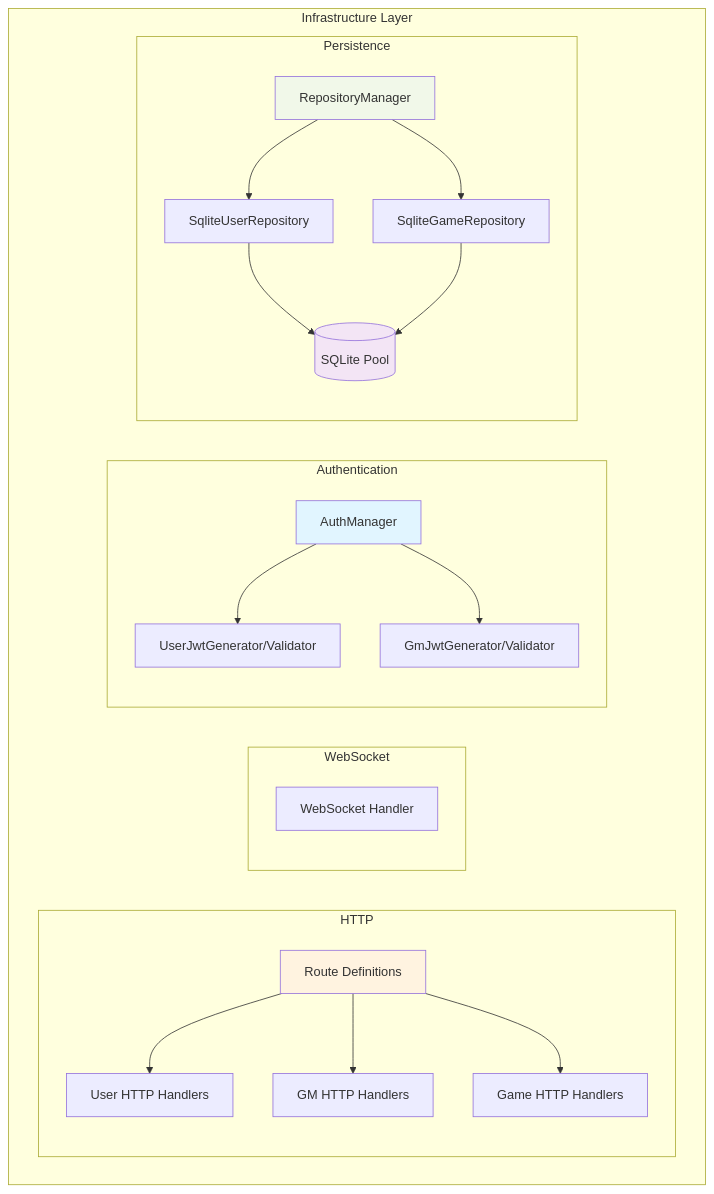
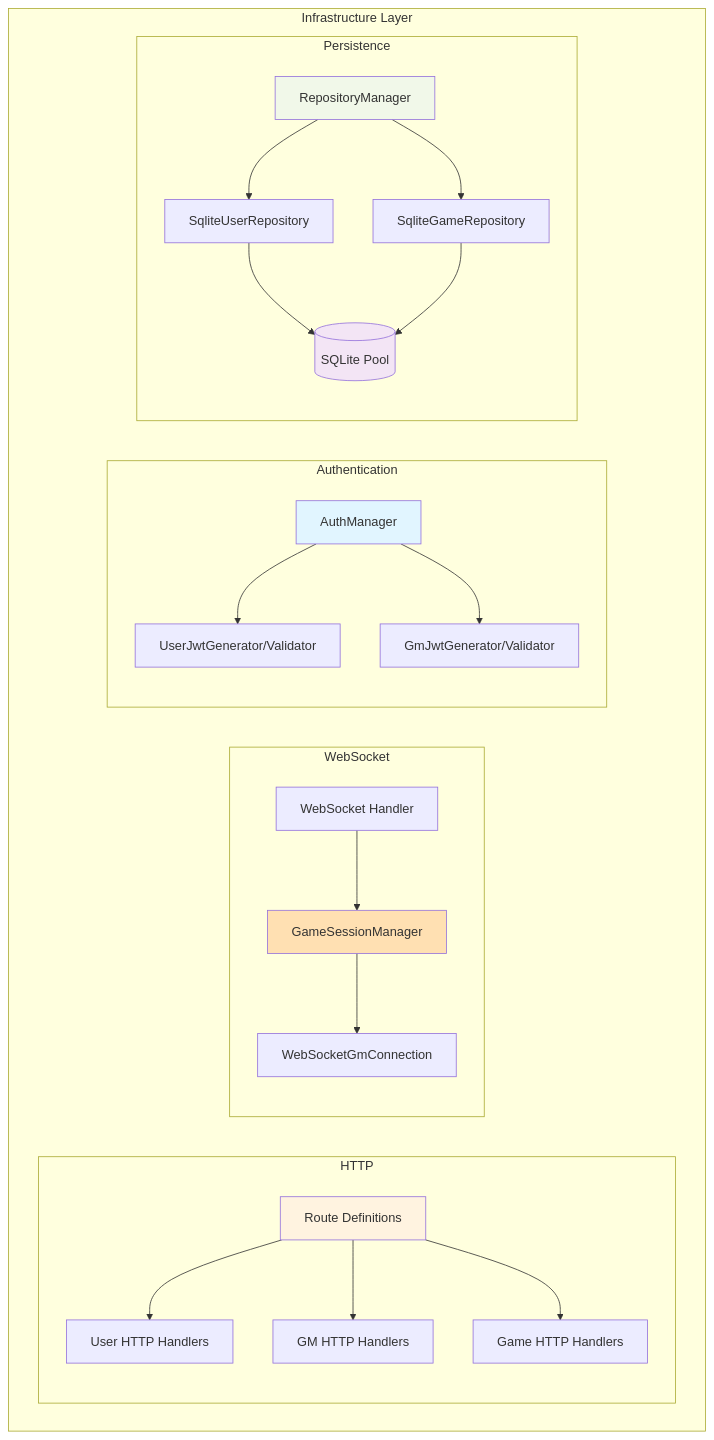
One commit to jakob-rzeppa/turnkeeper changed the fourth of 13 diagrams in backend/ARCHITECTURE.md. Above: the diagram before and after it, drawn with Mermaid. The commit also changed other lines of this file and 2 other files, not shown here.

````diff
--- a/backend/ARCHITECTURE.md
+++ b/backend/ARCHITECTURE.md
@@ -177,46 +182,52 @@
 ```mermaid
 graph TB
     subgraph "Infrastructure Layer"
         subgraph "HTTP"
             Routes[Route Definitions]
             UserHttp[User HTTP Handlers]
             GmHttp[GM HTTP Handlers]
             GameHttp[Game HTTP Handlers]
         end
 
         subgraph "WebSocket"
             WsHandler[WebSocket Handler]
+            SessionMgr[GameSessionManager]
+            GmConn[WebSocketGmConnection]
         end
 
         subgraph "Authentication"
             AuthMgr[AuthManager]
             UserJWT[UserJwtGenerator/Validator]
             GmJWT[GmJwtGenerator/Validator]
         end
 
         subgraph "Persistence"
             RepoMgr[RepositoryManager]
             UserRepo[SqliteUserRepository]
             GameRepo[SqliteGameRepository]
             DB[(SQLite Pool)]
         end
     end
 
     Routes --> UserHttp
     Routes --> GmHttp
     Routes --> GameHttp
 
+    WsHandler --> SessionMgr
+    SessionMgr --> GmConn
+
     AuthMgr --> UserJWT
     AuthMgr --> GmJWT
 
     RepoMgr --> UserRepo
     RepoMgr --> GameRepo
 
     UserRepo --> DB
     GameRepo --> DB
 
     style Routes fill:#fff3e0
     style AuthMgr fill:#e1f5ff
     style RepoMgr fill:#f1f8e9
+    style SessionMgr fill:#ffe0b2
     style DB fill:#f3e5f5
 ```
````
